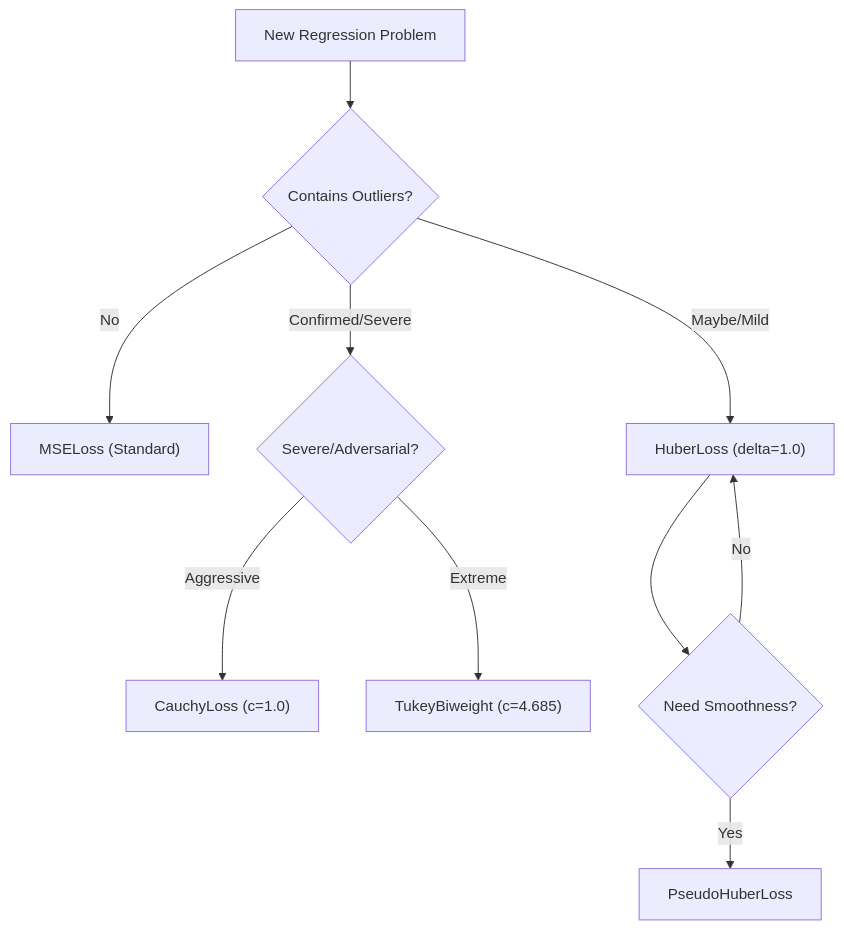
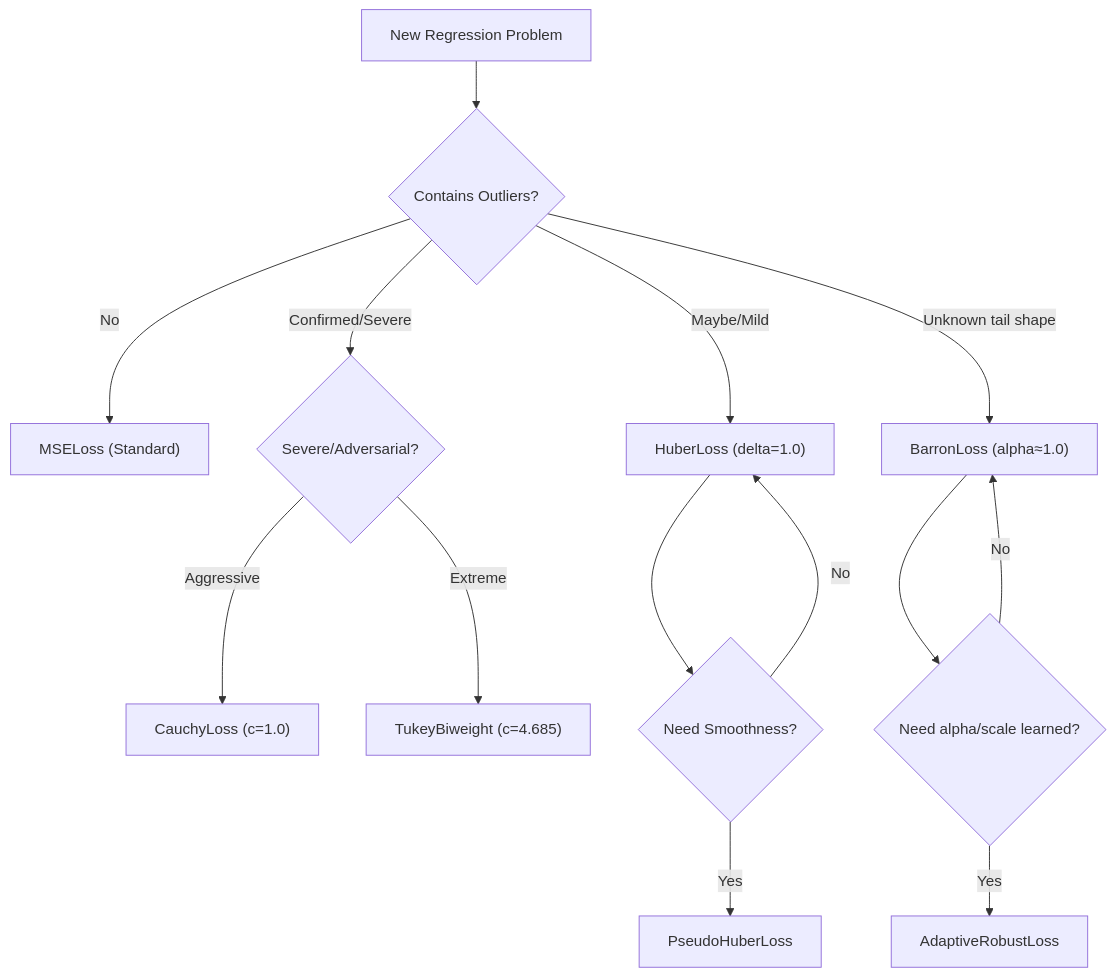
Before and after one commit to astroai/torchregress: the diagram in docs/losses/robust.md, drawn with Mermaid. The commit also changed other lines of this file and 9 other files, not shown here.

Commit message:
Add Barron and adaptive robust losses

````diff
--- a/docs/losses/robust.md
+++ b/docs/losses/robust.md
@@ -76,13 +119,17 @@
 ```mermaid
 graph TD
     Start["New Regression Problem"] --> Outliers{"Contains Outliers?"}
     Outliers -->|No| MSE["MSELoss (Standard)"]
     Outliers -->|Maybe/Mild| Huber["HuberLoss (delta=1.0)"]
+    Outliers -->|Unknown tail shape| Barron["BarronLoss (alpha≈1.0)"]
     Outliers -->|Confirmed/Severe| Redescending{"Severe/Adversarial?"}
     Redescending -->|Aggressive| Cauchy["CauchyLoss (c=1.0)"]
     Redescending -->|Extreme| Tukey["TukeyBiweight (c=4.685)"]
+    Barron --> Adaptive{"Need alpha/scale learned?"}
+    Adaptive -->|Yes| ABarron["AdaptiveRobustLoss"]
+    Adaptive -->|No| Barron
     
     Huber --> Smooth{"Need Smoothness?"}
     Smooth -->|Yes| PHuber["PseudoHuberLoss"]
     Smooth -->|No| Huber
 ```
````
